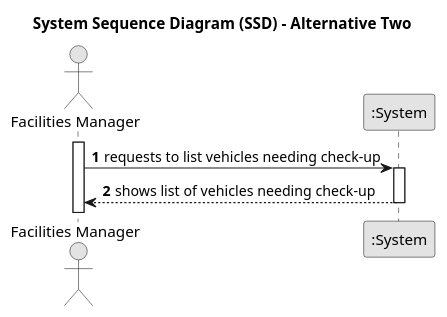
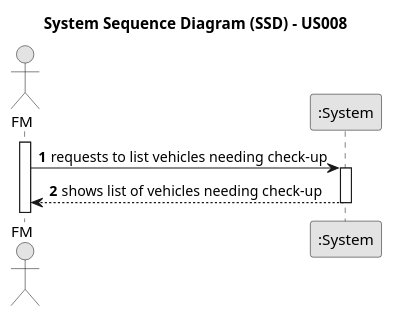
Before and after one commit to ricardomm7/leaflink: the diagram in docs/sprintA/us008/01.requirements-engineering/puml/us008-system-sequence-diagram-alternative-two.puml, drawn with PlantUML. The commit also changed 7 other files, not shown here.

```diff
--- a/docs/sprintA/us008/01.requirements-engineering/puml/us008-system-sequence-diagram-alternative-two.puml
+++ b/docs/sprintA/us008/01.requirements-engineering/puml/us008-system-sequence-diagram-alternative-two.puml
@@ -1,21 +1,21 @@
 @startuml
 skinparam monochrome true
 skinparam packageStyle rectangle
 skinparam shadowing false
 
-title System Sequence Diagram (SSD) - Alternative Two
+title System Sequence Diagram (SSD) - US008
 
 autonumber
 
-actor "Facilities Manager" as FM
+actor "FM" as FM
 participant ":System" as System
 
 activate FM
 
         FM -> System : requests to list vehicles needing check-up
         activate System
 
             System --> FM : shows list of vehicles needing check-up
         deactivate System
 
 @enduml
```
